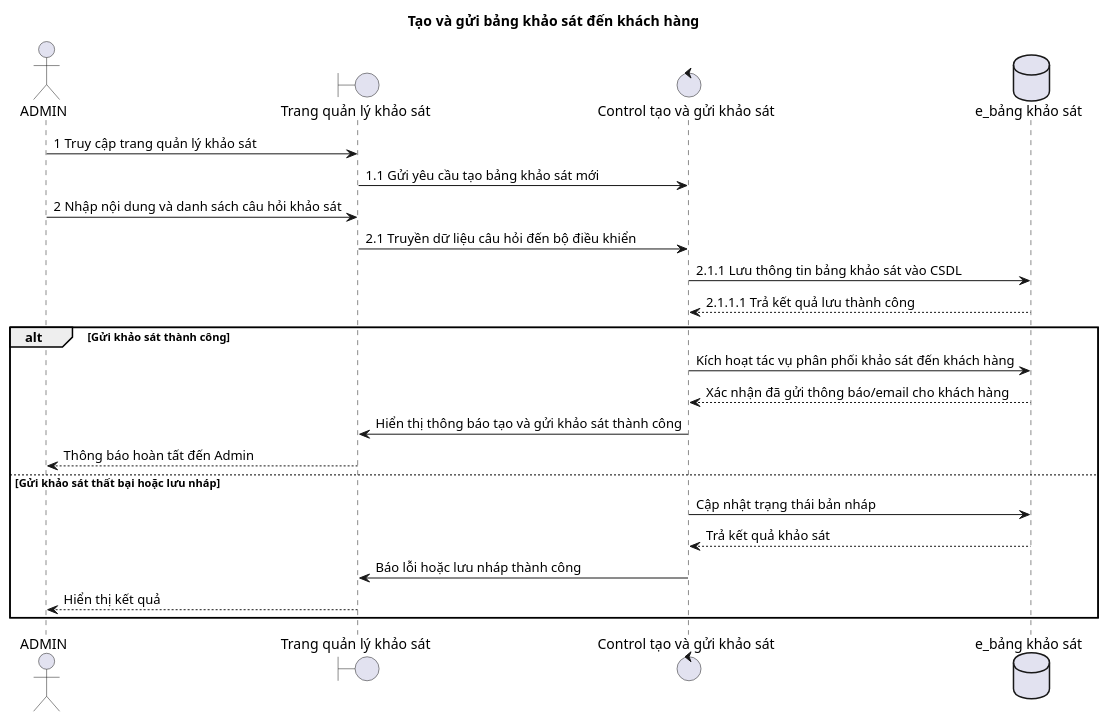
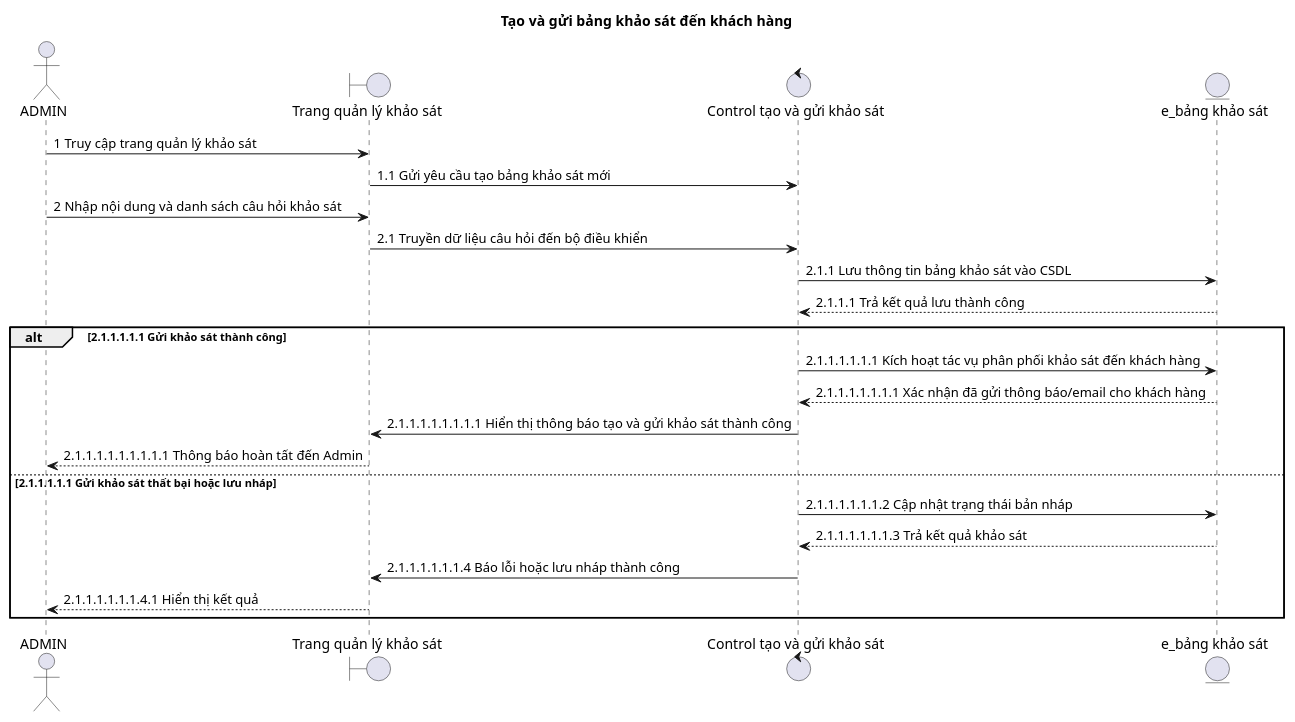
The diagram in docs/diagrams/sequence/preview/07-survey-create-send.puml (duygri/do-an-htttdn-crm), drawn with PlantUML before and after one commit. The commit also changed 9 other files, not shown here.

Commit message:
docs: align PlantUML BCE notation

```diff
--- a/docs/diagrams/sequence/preview/07-survey-create-send.puml
+++ b/docs/diagrams/sequence/preview/07-survey-create-send.puml
@@ -1,27 +1,27 @@
 @startuml
 title Tạo và gửi bảng khảo sát đến khách hàng
 
 actor ADMIN as Admin
 boundary "Trang quản lý khảo sát" as Boundary
 control "Control tạo và gửi khảo sát" as Control
-database "e_bảng khảo sát" as Entity
+entity "e_bảng khảo sát" as Entity
 
 Admin -> Boundary: 1 Truy cập trang quản lý khảo sát
 Boundary -> Control: 1.1 Gửi yêu cầu tạo bảng khảo sát mới
 Admin -> Boundary: 2 Nhập nội dung và danh sách câu hỏi khảo sát
 Boundary -> Control: 2.1 Truyền dữ liệu câu hỏi đến bộ điều khiển
 Control -> Entity: 2.1.1 Lưu thông tin bảng khảo sát vào CSDL
 Entity --> Control: 2.1.1.1 Trả kết quả lưu thành công
 
-alt Gửi khảo sát thành công
-  Control -> Entity: Kích hoạt tác vụ phân phối khảo sát đến khách hàng
-  Entity --> Control: Xác nhận đã gửi thông báo/email cho khách hàng
-  Control -> Boundary: Hiển thị thông báo tạo và gửi khảo sát thành công
-  Boundary --> Admin: Thông báo hoàn tất đến Admin
-else Gửi khảo sát thất bại hoặc lưu nháp
-  Control -> Entity: Cập nhật trạng thái bản nháp
-  Entity --> Control: Trả kết quả khảo sát
-  Control -> Boundary: Báo lỗi hoặc lưu nháp thành công
-  Boundary --> Admin: Hiển thị kết quả
+alt 2.1.1.1.1.1 Gửi khảo sát thành công
+  Control -> Entity: 2.1.1.1.1.1.1 Kích hoạt tác vụ phân phối khảo sát đến khách hàng
+  Entity --> Control: 2.1.1.1.1.1.1.1 Xác nhận đã gửi thông báo/email cho khách hàng
+  Control -> Boundary: 2.1.1.1.1.1.1.1.1 Hiển thị thông báo tạo và gửi khảo sát thành công
+  Boundary --> Admin: 2.1.1.1.1.1.1.1.1.1 Thông báo hoàn tất đến Admin
+else 2.1.1.1.1.1 Gửi khảo sát thất bại hoặc lưu nháp
+  Control -> Entity: 2.1.1.1.1.1.1.2 Cập nhật trạng thái bản nháp
+  Entity --> Control: 2.1.1.1.1.1.1.3 Trả kết quả khảo sát
+  Control -> Boundary: 2.1.1.1.1.1.1.4 Báo lỗi hoặc lưu nháp thành công
+  Boundary --> Admin: 2.1.1.1.1.1.1.4.1 Hiển thị kết quả
 end
 @enduml
```
